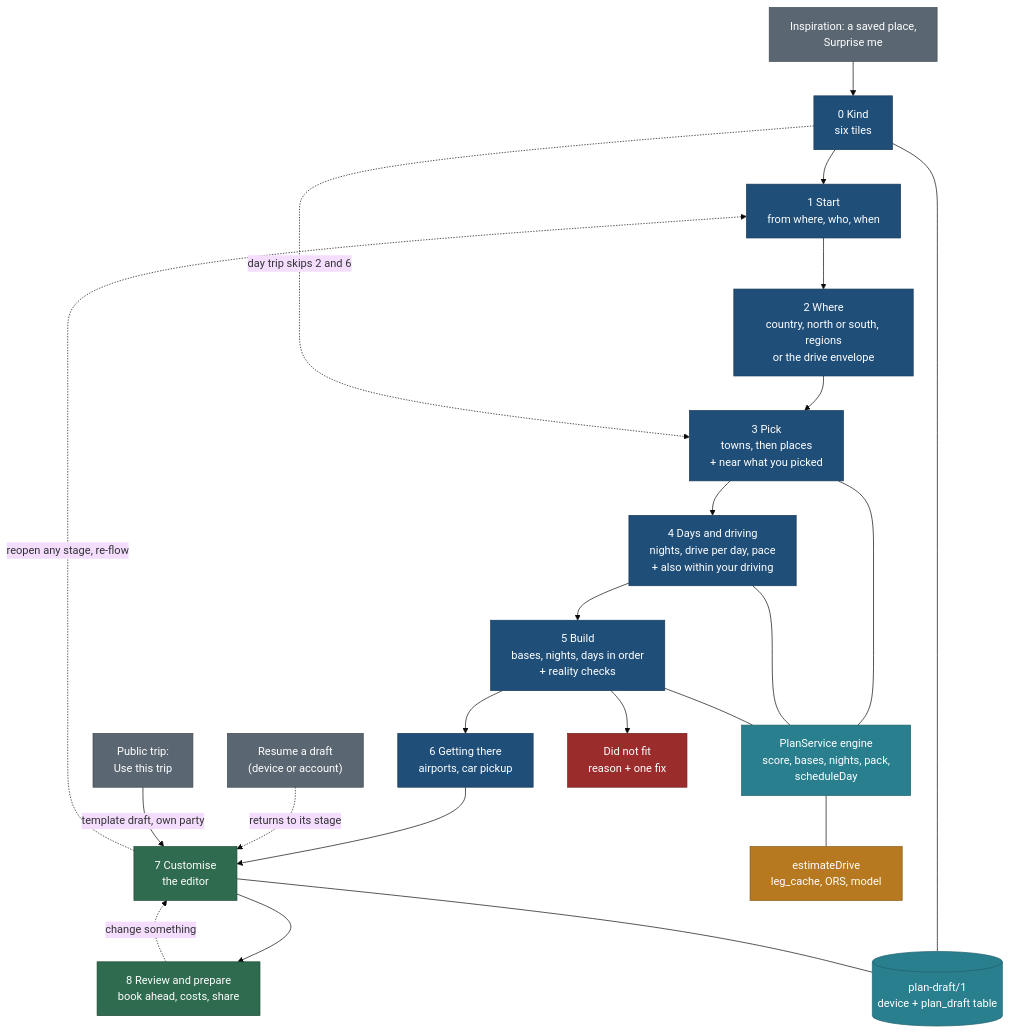
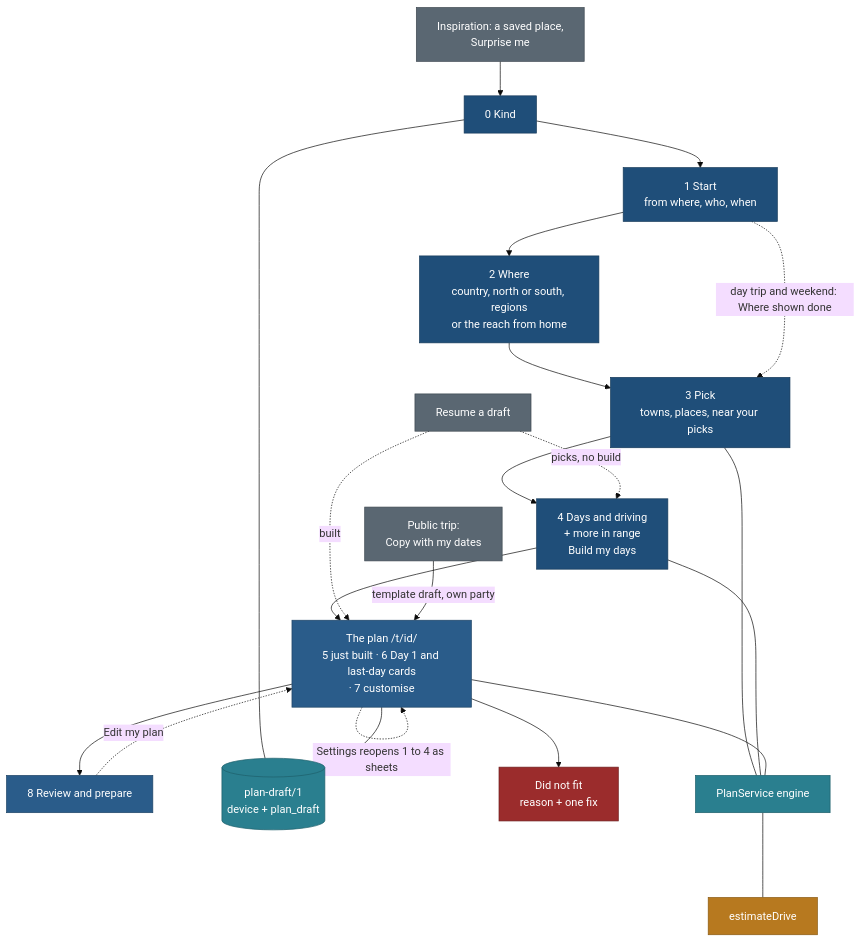
One commit to nitin27may/travel changed the diagram in docs/v2/design/trip-builder/FLOW.md. Above: the diagram before and after it, drawn with Mermaid (base theme). The commit also changed other lines of this file and 11 other files, not shown here.

First line of the commit message:
docs(TB-FLOW): apply design review TB-N2; record owner decisions

````diff
--- a/docs/v2/design/trip-builder/FLOW.md
+++ b/docs/v2/design/trip-builder/FLOW.md
@@ -66,41 +69,40 @@
 ```mermaid
 flowchart TD
   classDef stage fill:#1F4E79,stroke:#163A5A,color:#FFFFFF
+  classDef plan fill:#2A5C8A,stroke:#1E4466,color:#FFFFFF
   classDef data fill:#2A7F8F,stroke:#1E5F6B,color:#FFFFFF
   classDef ext fill:#B7791F,stroke:#8A5A12,color:#FFFFFF
-  classDef ok fill:#2F6B4F,stroke:#1F4A36,color:#FFFFFF
   classDef err fill:#9B2C2C,stroke:#6E1F1F,color:#FFFFFF
   classDef infra fill:#5A6772,stroke:#3E4850,color:#FFFFFF
 
   IN1["Inspiration: a saved place,<br/>Surprise me"]:::infra
-  IN2["Resume a draft<br/>(device or account)"]:::infra
-  IN3["Public trip:<br/>Use this trip"]:::infra
-  S0["0 Kind<br/>six tiles"]:::stage
+  IN2["Resume a draft"]:::infra
+  IN3["Public trip:<br/>Copy with my dates"]:::infra
+  S0["0 Kind"]:::stage
   S1["1 Start<br/>from where, who, when"]:::stage
-  S2["2 Where<br/>country, north or south, regions<br/>or the drive envelope"]:::stage
-  S3["3 Pick<br/>towns, then places<br/>+ near what you picked"]:::stage
-  S4["4 Days and driving<br/>nights, drive per day, pace<br/>+ also within your driving"]:::stage
-  S5["5 Build<br/>bases, nights, days in order<br/>+ reality checks"]:::stage
-  S6["6 Getting there<br/>airports, car pickup"]:::stage
-  S7["7 Customise<br/>the editor"]:::ok
-  S8["8 Review and prepare<br/>book ahead, costs, share"]:::ok
-  ENG["PlanService engine<br/>score, bases, nights, pack,<br/>scheduleDay"]:::data
-  DRV["estimateDrive<br/>leg_cache, ORS, model"]:::ext
-  DOC[("plan-draft/1<br/>device + plan_draft table")]:::data
+  S2["2 Where<br/>country, north or south, regions<br/>or the reach from home"]:::stage
+  S3["3 Pick<br/>towns, places, near your picks"]:::stage
+  S4["4 Days and driving<br/>+ more in range<br/>Build my days"]:::stage
+  P["The plan /t/id/<br/>5 just built · 6 Day 1 and last-day cards<br/>· 7 customise"]:::plan
+  S8["8 Review and prepare"]:::plan
+  ENG["PlanService engine"]:::data
+  DRV["estimateDrive"]:::ext
+  DOC[("plan-draft/1<br/>device + plan_draft")]:::data
   NOFIT["Did not fit<br/>reason + one fix"]:::err
 
   IN1 --> S0
-  S0 --> S1 --> S2 --> S3 --> S4 --> S5 --> S6 --> S7 --> S8
-  S0 -. "day trip skips 2 and 6" .-> S3
-  IN2 -. "returns to its stage" .-> S7
-  IN3 -->|"template draft, own party"| S7
-  S7 -. "reopen any stage, re-flow" .-> S1
-  S8 -. "change something" .-> S7
+  S0 --> S1 --> S2 --> S3 --> S4 --> P --> S8
+  S1 -. "day trip and weekend: Where shown done" .-> S3
+  IN2 -. "picks, no build" .-> S4
+  IN2 -. "built" .-> P
+  IN3 -->|"template draft, own party"| P
+  P -. "Settings reopens 1 to 4 as sheets" .-> P
+  S8 -. "Edit my plan" .-> P
   S3 --- ENG
   S4 --- ENG
-  S5 --- ENG
+  P --- ENG
   ENG --- DRV
-  S5 --> NOFIT
+  P --> NOFIT
   S0 --- DOC
-  S7 --- DOC
+  P --- DOC
 ```
````
